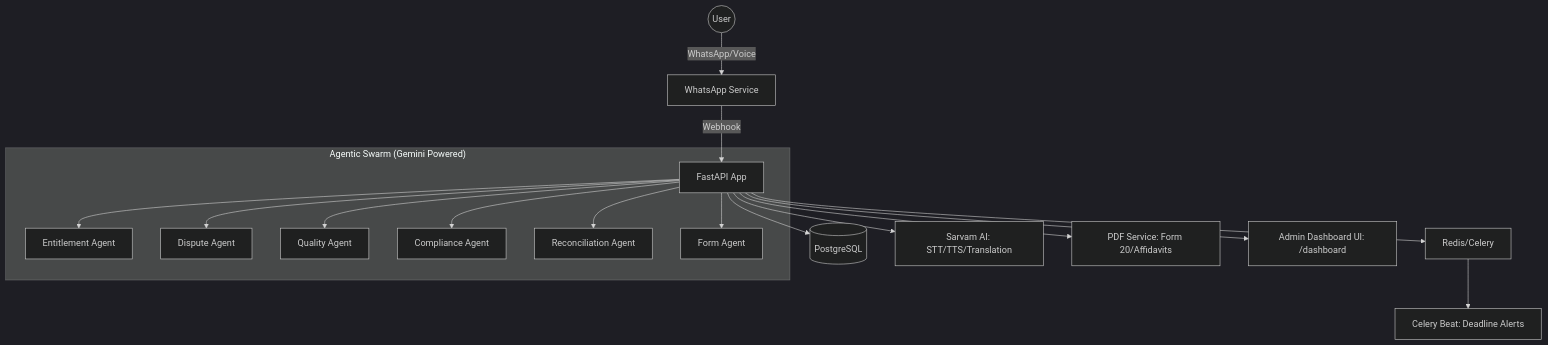
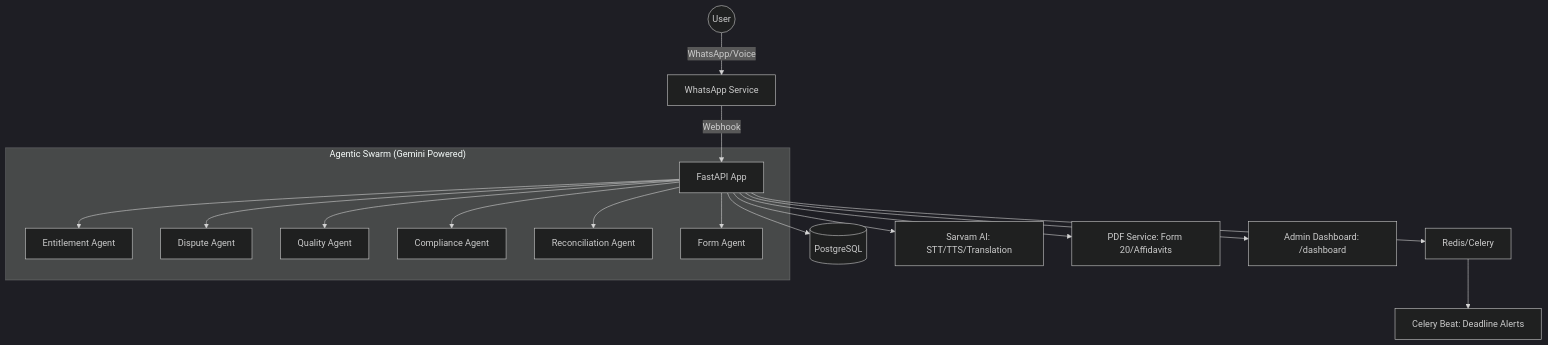
Before and after one commit to vaibhavnagdeo18/HaqDaar-AI: the diagram in README.md, drawn with Mermaid (dark theme). The commit also changed other lines of this file, not shown here.

````diff
--- a/README.md
+++ b/README.md
@@ -67,23 +66,23 @@
 ```mermaid
 graph TD
     User((User)) -- WhatsApp/Voice --> WA[WhatsApp Service]
     WA -- Webhook --> API[FastAPI App]
-    
+
     subgraph "Agentic Swarm (Gemini Powered)"
         API --> EA[Entitlement Agent]
         API --> DA[Dispute Agent]
         API --> QA[Quality Agent]
         API --> CA[Compliance Agent]
         API --> RA[Reconciliation Agent]
         API --> FA[Form Agent]
     end
-    
+
     API --> DB[(PostgreSQL)]
     API --> RD[Redis/Celery]
     RD --> BEAT[Celery Beat: Deadline Alerts]
-    
+
     API --> Sarvam[Sarvam AI: STT/TTS/Translation]
     API --> PDF[PDF Service: Form 20/Affidavits]
-    
-    API --> Dash[Admin Dashboard UI: /dashboard]
+
+    API --> Dash[Admin Dashboard: /dashboard]
 ```
````
